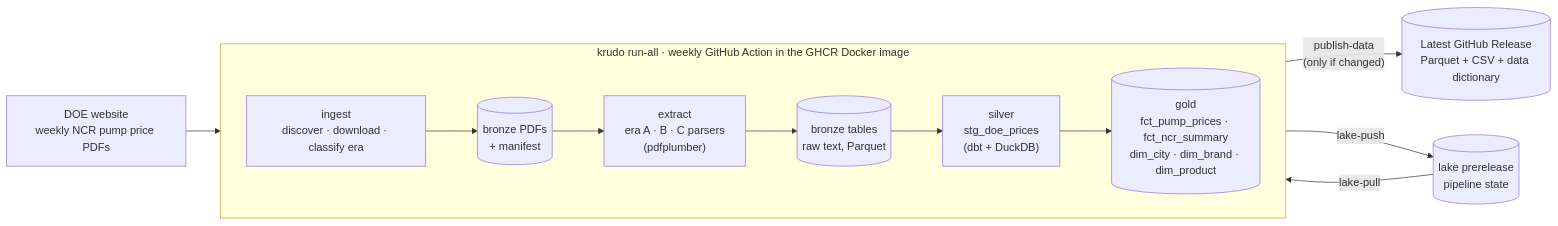
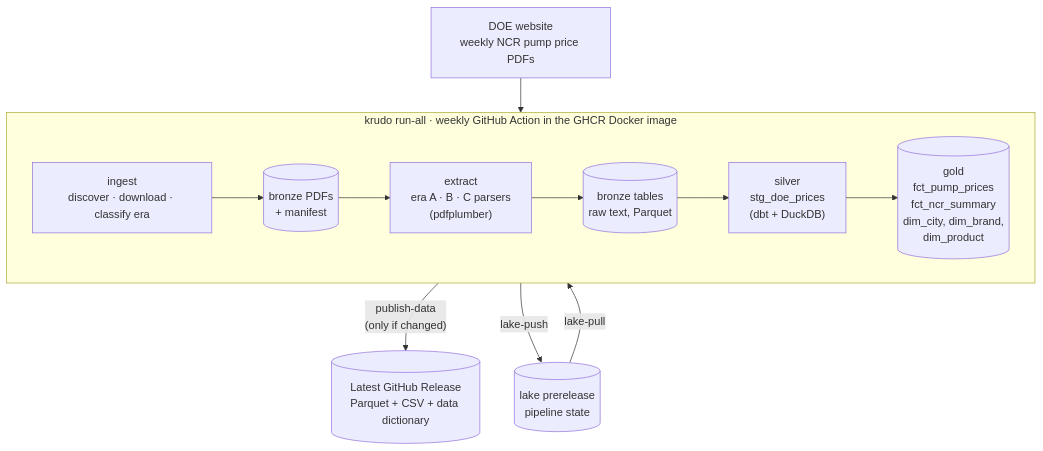
One commit to OrcaDS/krudo changed the diagram in README.md. Above: the diagram before and after it, drawn with Mermaid.

Commit message:
README: lay out dataflow diagram top to bottom

````diff
--- a/README.md
+++ b/README.md
@@ -76,23 +76,23 @@
 ```mermaid
-flowchart LR
+flowchart TB
     doe["DOE website<br/>weekly NCR pump price PDFs"]
 
     subgraph run["krudo run-all · weekly GitHub Action in the GHCR Docker image"]
         direction LR
         ingest["ingest<br/>discover · download · classify era"]
         pdfs[("bronze PDFs<br/>+ manifest")]
         extract["extract<br/>era A · B · C parsers<br/>(pdfplumber)"]
         bronze[("bronze tables<br/>raw text, Parquet")]
         silver["silver<br/>stg_doe_prices<br/>(dbt + DuckDB)"]
-        gold[("gold<br/>fct_pump_prices · fct_ncr_summary<br/>dim_city · dim_brand · dim_product")]
+        gold[("gold<br/>fct_pump_prices<br/>fct_ncr_summary<br/>dim_city, dim_brand,<br/>dim_product")]
         ingest --> pdfs --> extract --> bronze --> silver --> gold
     end
 
     lake[("lake prerelease<br/>pipeline state")]
     release[("Latest GitHub Release<br/>Parquet + CSV + data dictionary")]
 
     doe --> ingest
     lake -- "lake-pull" --> run
     run -- "lake-push" --> lake
     gold -- "publish-data<br/>(only if changed)" --> release
 ```
````
